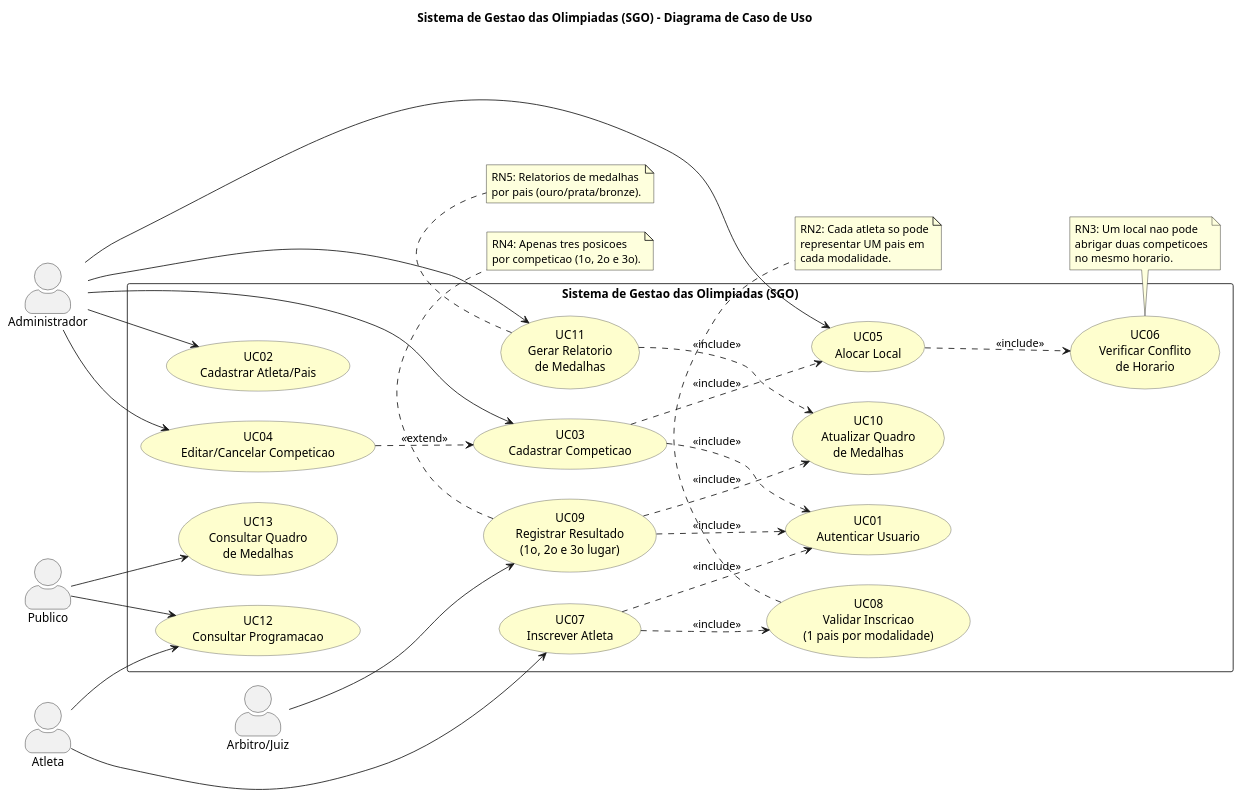
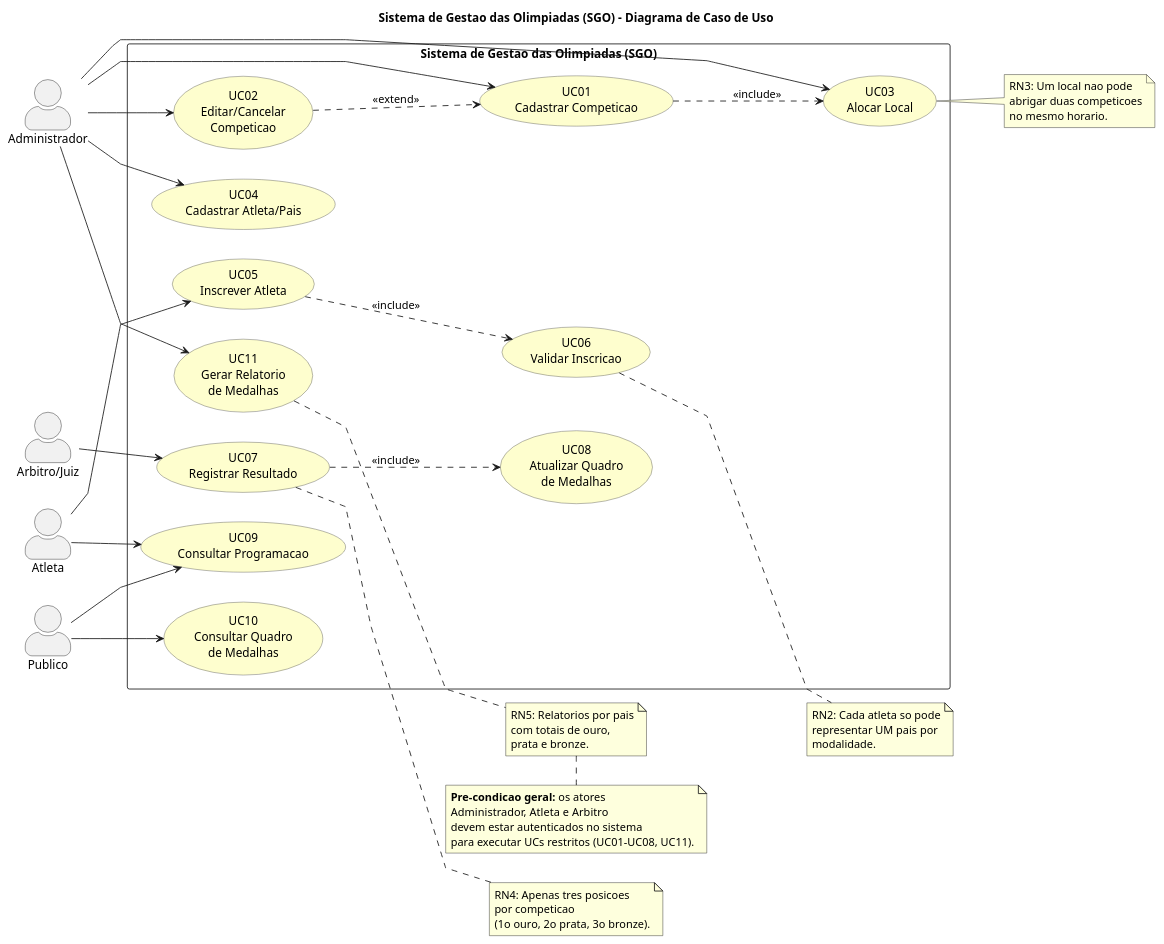
One commit to LuizFMoreira/Trabalho-SGO changed the diagram in codigos/diagrama-de-caso-de-uso.puml. Above: the diagram before and after it, drawn with PlantUML. The commit also changed 5 other files, not shown here.

```diff
--- a/codigos/diagrama-de-caso-de-uso.puml
+++ b/codigos/diagrama-de-caso-de-uso.puml
@@ -1,87 +1,97 @@
 @startuml diagrama-de-caso-de-uso
 ' Sistema de Gestao das Olimpiadas (SGO)
 ' Diagrama de Caso de Uso
 
 title Sistema de Gestao das Olimpiadas (SGO) - Diagrama de Caso de Uso
 
 left to right direction
 skinparam packageStyle rectangle
 skinparam actorStyle awesome
 skinparam usecase {
   BackgroundColor #FEFECE
   BorderColor #555555
 }
+skinparam linetype polyline
 
 actor "Administrador" as Admin
-actor "Atleta" as Atleta
-actor "Arbitro/Juiz" as Arbitro
-actor "Publico" as Publico
+actor "Arbitro/Juiz"  as Arbitro
+actor "Atleta"        as Atleta
+actor "Publico"       as Publico
 
 rectangle "Sistema de Gestao das Olimpiadas (SGO)" {
 
-  usecase "UC01\nAutenticar Usuario" as UC01
-  usecase "UC02\nCadastrar Atleta/Pais" as UC02
-  usecase "UC03\nCadastrar Competicao" as UC03
-  usecase "UC04\nEditar/Cancelar Competicao" as UC04
-  usecase "UC05\nAlocar Local" as UC05
-  usecase "UC06\nVerificar Conflito\nde Horario" as UC06
-  usecase "UC07\nInscrever Atleta" as UC07
-  usecase "UC08\nValidar Inscricao\n(1 pais por modalidade)" as UC08
-  usecase "UC09\nRegistrar Resultado\n(1o, 2o e 3o lugar)" as UC09
-  usecase "UC10\nAtualizar Quadro\nde Medalhas" as UC10
-  usecase "UC11\nGerar Relatorio\nde Medalhas" as UC11
-  usecase "UC12\nConsultar Programacao" as UC12
-  usecase "UC13\nConsultar Quadro\nde Medalhas" as UC13
+  ' --- Grupo: Gestao de Competicoes (Administrador) ---
+  usecase "UC01\nCadastrar Competicao"        as UC01
+  usecase "UC02\nEditar/Cancelar\nCompeticao" as UC02
+  usecase "UC03\nAlocar Local"                as UC03
+  usecase "UC04\nCadastrar Atleta/Pais"       as UC04
+
+  ' --- Grupo: Inscricoes (Atleta) ---
+  usecase "UC05\nInscrever Atleta"            as UC05
+  usecase "UC06\nValidar Inscricao"           as UC06
+
+  ' --- Grupo: Resultados (Arbitro) ---
+  usecase "UC07\nRegistrar Resultado"         as UC07
+  usecase "UC08\nAtualizar Quadro\nde Medalhas" as UC08
+
+  ' --- Grupo: Consultas (Publico) ---
+  usecase "UC09\nConsultar Programacao"       as UC09
+  usecase "UC10\nConsultar Quadro\nde Medalhas" as UC10
+  usecase "UC11\nGerar Relatorio\nde Medalhas"  as UC11
 }
 
-' --- Associacoes dos atores ---
-Admin --> UC02
-Admin --> UC03
-Admin --> UC04
-Admin --> UC05
-Admin --> UC11
+' === Associacoes Ator -> UC (mantidas curtas para evitar cruzamentos) ===
+Admin   --> UC01
+Admin   --> UC02
+Admin   --> UC03
+Admin   --> UC04
+Admin   --> UC11
 
-Atleta --> UC07
-Atleta --> UC12
+Atleta  --> UC05
+Atleta  --> UC09
 
-Arbitro --> UC09
+Arbitro --> UC07
 
-Publico --> UC12
-Publico --> UC13
+Publico --> UC09
+Publico --> UC10
 
-' --- Relacionamentos entre casos de uso (apenas os essenciais p/ legibilidade) ---
-UC03 ..> UC05 : <<include>>
+' === Relacionamentos entre UCs (apenas os essenciais ao enunciado) ===
+UC02 ..> UC01 : <<extend>>
+UC01 ..> UC03 : <<include>>
 UC05 ..> UC06 : <<include>>
 UC07 ..> UC08 : <<include>>
-UC09 ..> UC10 : <<include>>
-UC11 ..> UC10 : <<include>>
-UC04 ..> UC03 : <<extend>>
 
-' Autenticacao como pre-condicao geral (representada por uma generalizacao para evitar poluicao)
-UC03 ..> UC01 : <<include>>
-UC07 ..> UC01 : <<include>>
-UC09 ..> UC01 : <<include>>
-
-note bottom of UC08
-  RN2: Cada atleta so pode
-  representar UM pais em
-  cada modalidade.
-end note
-
-note bottom of UC06
+' === Notas de Regras de Negocio (ancoradas no UC correspondente) ===
+note right of UC03
   RN3: Um local nao pode
   abrigar duas competicoes
   no mesmo horario.
 end note
 
-note bottom of UC09
-  RN4: Apenas tres posicoes
-  por competicao (1o, 2o e 3o).
+note right of UC06
+  RN2: Cada atleta so pode
+  representar UM pais por
+  modalidade.
 end note
 
-note bottom of UC11
-  RN5: Relatorios de medalhas
-  por pais (ouro/prata/bronze).
+note right of UC07
+  RN4: Apenas tres posicoes
+  por competicao
+  (1o ouro, 2o prata, 3o bronze).
+end note
+
+note right of UC11
+  RN5: Relatorios por pais
+  com totais de ouro,
+  prata e bronze.
+end note
+
+' === Autenticacao representada como pre-condicao textual (evita 4 linhas cruzadas) ===
+note bottom
+  **Pre-condicao geral:** os atores
+  Administrador, Atleta e Arbitro
+  devem estar autenticados no sistema
+  para executar UCs restritos (UC01-UC08, UC11).
 end note
 
 @enduml
```
